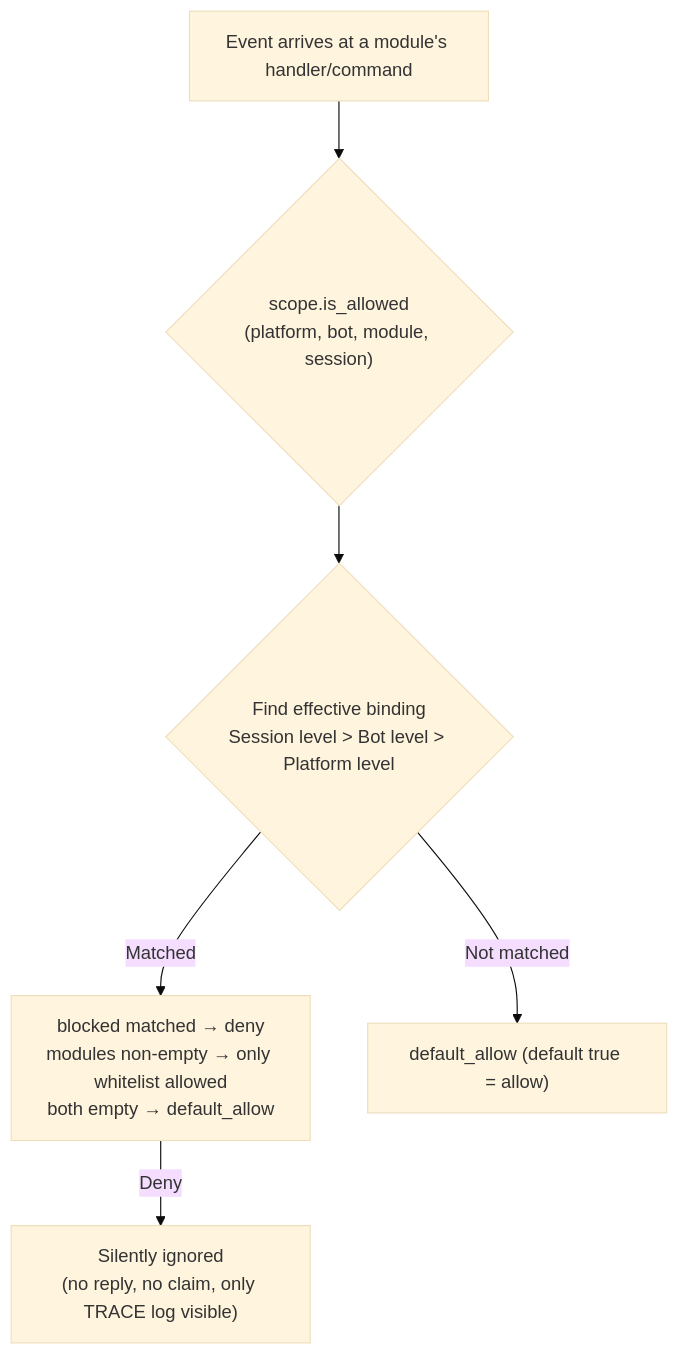
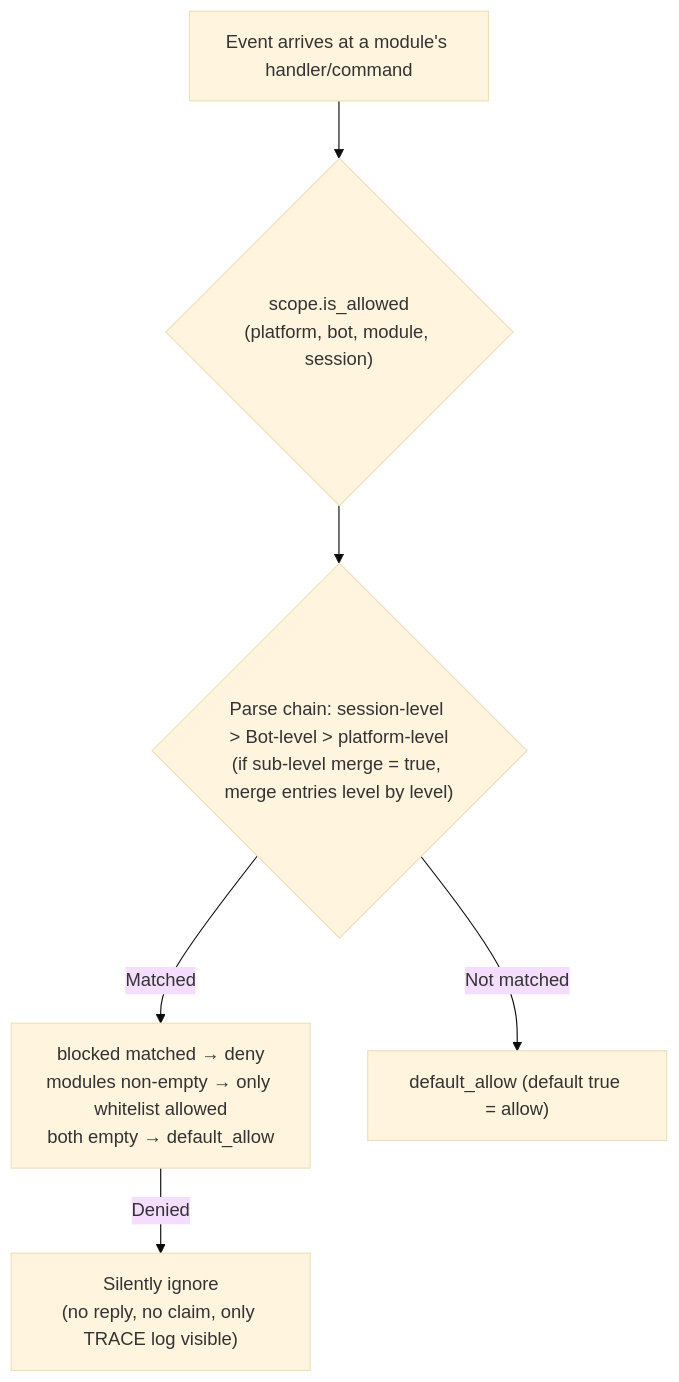
The diagram in docs/en/advanced/scope.md (ErisPulse/ErisPulse), drawn with Mermaid (base theme) before and after one commit. The commit also changed other lines of this file and 91 other files, not shown here.

````diff
--- a/docs/en/advanced/scope.md
+++ b/docs/en/advanced/scope.md
@@ -109,8 +100,8 @@
 ```mermaid
 flowchart TD
     A["Event arrives at a module's handler/command"] --> B{"scope.is_allowed<br/>(platform, bot, module, session)"}
-    B --> C{"Find effective binding<br/>Session level > Bot level > Platform level"}
+    B --> C{"Parse chain: session-level > Bot-level > platform-level<br/>(if sub-level merge = true, merge entries level by level)"}
     C -->|"Matched"| D["blocked matched → deny<br/>modules non-empty → only whitelist allowed<br/>both empty → default_allow"]
     C -->|"Not matched"| E["default_allow (default true = allow)"]
-    D -->|"Deny"| Z["Silently ignored<br/>(no reply, no claim, only TRACE log visible)"]
+    D -->|"Denied"| Z["Silently ignore<br/>(no reply, no claim, only TRACE log visible)"]
 ```
````
